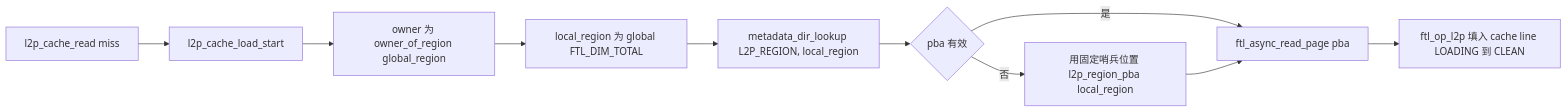
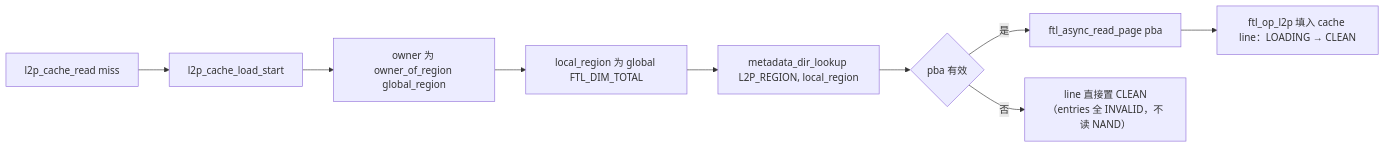
The sixth of 28 diagrams in docs/design/ftl_design.md (YzYMIAO/BASESSD), drawn with Mermaid before and after one commit. The commit also changed other lines of this file and 11 other files, not shown here.

First line of the commit message:
feat(ftl): 删除 L2P 哨兵层，未映射改用目录条目 NAND_PBA_INVALID

````diff
--- a/docs/design/ftl_design.md
+++ b/docs/design/ftl_design.md
@@ -1219,12 +1218,11 @@
 ```mermaid
 flowchart LR
     A["l2p_cache_read miss"] --> B["l2p_cache_load_start"]
     B --> C["owner 为 owner_of_region global_region"]
     C --> D["local_region 为 global FTL_DIM_TOTAL"]
     D --> E["metadata_dir_lookup L2P_REGION, local_region"]
     E --> F{"pba 有效"}
     F -- "是" --> G["ftl_async_read_page pba"]
-    F -- "否" --> H["用固定哨兵位置 l2p_region_pba local_region"]
-    H --> G
-    G --> I["ftl_op_l2p 填入 cache line LOADING 到 CLEAN"]
+    G --> I["ftl_op_l2p 填入 cache line：LOADING → CLEAN"]
+    F -- "否" --> H["line 直接置 CLEAN（entries 全 INVALID，不读 NAND）"]
 ```
````
